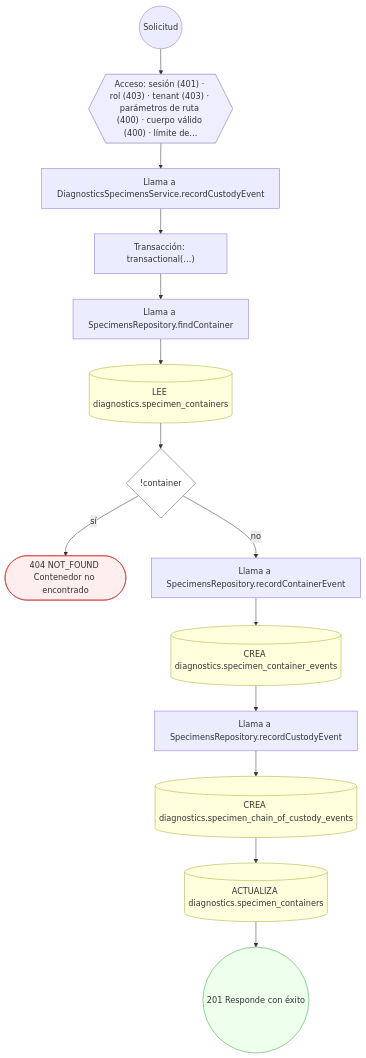
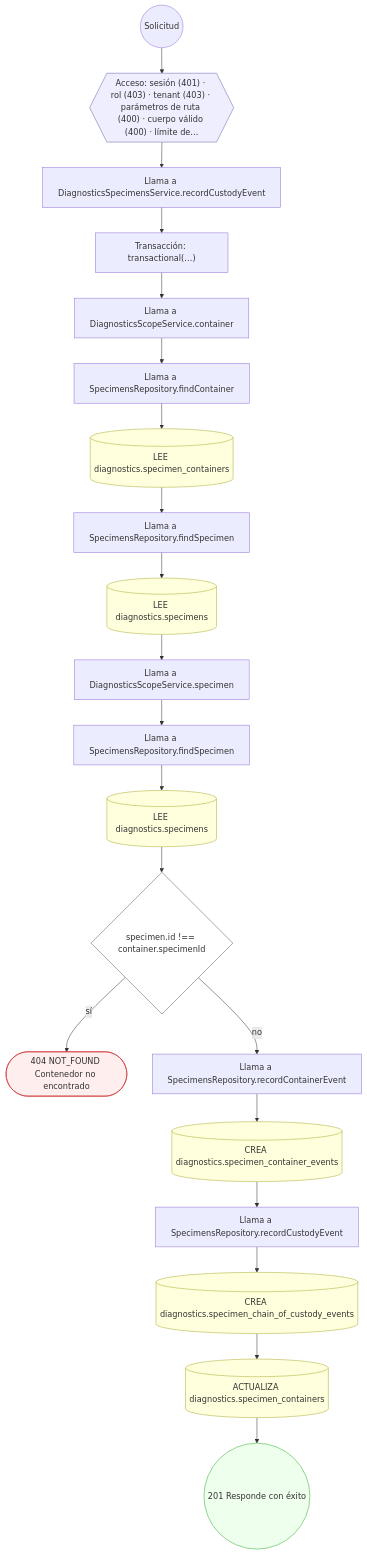
One commit to mdavila-2001/mantra-core-health-api changed diagram 15 of 31 in docs/inventario/flujos/diagnostics.md. Above: the diagram before and after it, drawn with Mermaid. The commit also changed other lines of this file and 438 other files, not shown here.

````diff
--- a/docs/inventario/flujos/diagnostics.md
+++ b/docs/inventario/flujos/diagnostics.md
@@ -1348,36 +1477,48 @@
 ```mermaid
 flowchart TD
   n1(("Solicitud")):::inicio
   n2{{"Acceso: sesión (401) · rol (403) · tenant (403) · parámetros de ruta (400) · cuerpo válido (400) · límite de…"}}:::acceso
   n1 --> n2
   n3["Llama a DiagnosticsSpecimensService.recordCustodyEvent"]:::llamada
   n2 --> n3
   n4["Transacción: transactional(…)"]:::transaccion
   n3 --> n4
-  n5["Llama a SpecimensRepository.findContainer"]:::llamada
+  n5["Llama a DiagnosticsScopeService.container"]:::llamada
   n4 --> n5
-  n6[("LEE diagnostics.specimen_containers")]:::efecto
+  n6["Llama a SpecimensRepository.findContainer"]:::llamada
   n5 --> n6
-  n7{"!container"}:::decision
+  n7[("LEE diagnostics.specimen_containers")]:::efecto
   n6 --> n7
-  n8(["404 NOT_FOUND Contenedor no encontrado"]):::error
-  n7 -->|"sí"| n8
-  n9["Llama a SpecimensRepository.recordContainerEvent"]:::llamada
-  n7 -->|"no"| n9
-  n10[("CREA diagnostics.specimen_container_events")]:::efecto
+  n8["Llama a SpecimensRepository.findSpecimen"]:::llamada
+  n7 --> n8
+  n9[("LEE diagnostics.specimens")]:::efecto
+  n8 --> n9
+  n10["Llama a DiagnosticsScopeService.specimen"]:::llamada
   n9 --> n10
-  n11["Llama a SpecimensRepository.recordCustodyEvent"]:::llamada
+  n11["Llama a SpecimensRepository.findSpecimen"]:::llamada
   n10 --> n11
-  n12[("CREA diagnostics.specimen_chain_of_custody_events")]:::efecto
+  n12[("LEE diagnostics.specimens")]:::efecto
   n11 --> n12
-  n13[("ACTUALIZA diagnostics.specimen_containers")]:::efecto
+  n13{"specimen.id !== container.specimenId"}:::decision
   n12 --> n13
-  n14(("201 Responde con éxito")):::ok
-  n13 --> n14
+  n14(["404 NOT_FOUND Contenedor no encontrado"]):::error
+  n13 -->|"sí"| n14
+  n15["Llama a SpecimensRepository.recordContainerEvent"]:::llamada
+  n13 -->|"no"| n15
+  n16[("CREA diagnostics.specimen_container_events")]:::efecto
+  n15 --> n16
+  n17["Llama a SpecimensRepository.recordCustodyEvent"]:::llamada
+  n16 --> n17
+  n18[("CREA diagnostics.specimen_chain_of_custody_events")]:::efecto
+  n17 --> n18
+  n19[("ACTUALIZA diagnostics.specimen_containers")]:::efecto
+  n18 --> n19
+  n20(("201 Responde con éxito")):::ok
+  n19 --> n20
   classDef acceso fill:#eef,stroke:#66a
   classDef error fill:#fee,stroke:#c33
   classDef ok fill:#efe,stroke:#3a3
   classDef efecto fill:#ffd,stroke:#aa3
   classDef decision fill:#fff,stroke:#555
   classDef corte fill:#eee,stroke:#999,stroke-dasharray: 4
 ```
````
